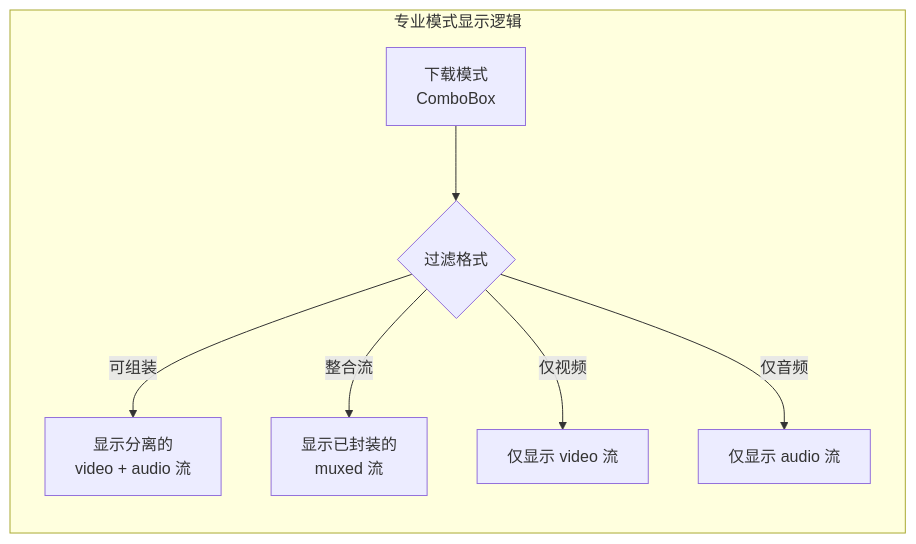
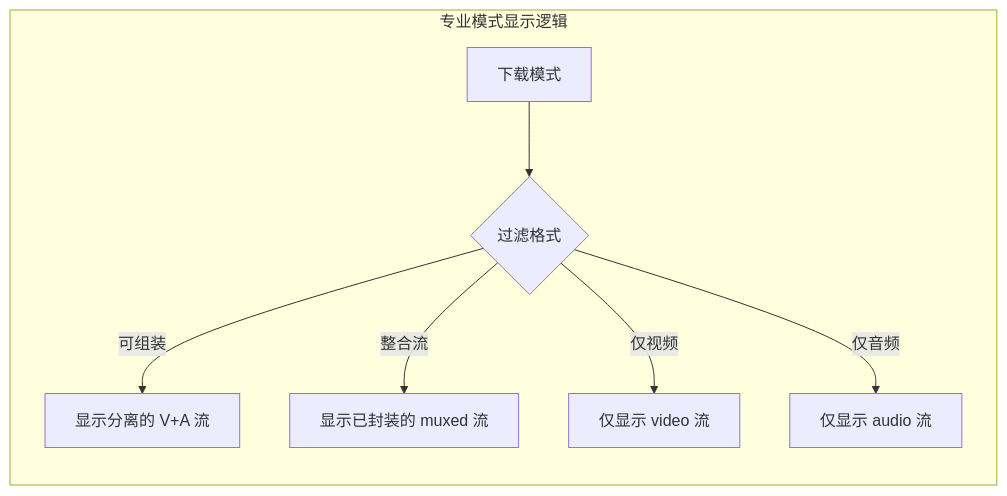
One commit to prideicker/FluentYTDL changed the sixth of 24 diagrams in docs/ARCHITECTURE.md. Above: the diagram before and after it, drawn with Mermaid. The commit also changed other lines of this file, not shown here.

Commit message:
fix: 修复所有 Mermaid 图表 GitHub 渲染问题 (移除 br 标签和特殊字符)

````diff
--- a/docs/ARCHITECTURE.md
+++ b/docs/ARCHITECTURE.md
@@ -301,11 +301,11 @@
 ```mermaid
 flowchart LR
     subgraph Display["专业模式显示逻辑"]
-        Mode[下载模式<br/>ComboBox] --> Filter{过滤格式}
+        Mode["下载模式"] --> Filter{"过滤格式"}
         
-        Filter -->|可组装| ShowVA[显示分离的<br/>video + audio 流]
-        Filter -->|整合流| ShowMuxed[显示已封装的<br/>muxed 流]
-        Filter -->|仅视频| ShowV[仅显示 video 流]
-        Filter -->|仅音频| ShowA[仅显示 audio 流]
+        Filter -->|可组装| ShowVA["显示分离的 V+A 流"]
+        Filter -->|整合流| ShowMuxed["显示已封装的 muxed 流"]
+        Filter -->|仅视频| ShowV["仅显示 video 流"]
+        Filter -->|仅音频| ShowA["仅显示 audio 流"]
     end
 ```
````
